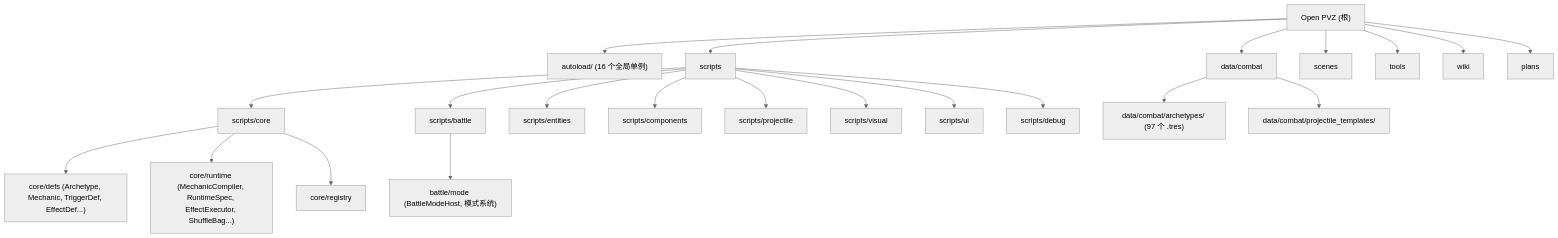
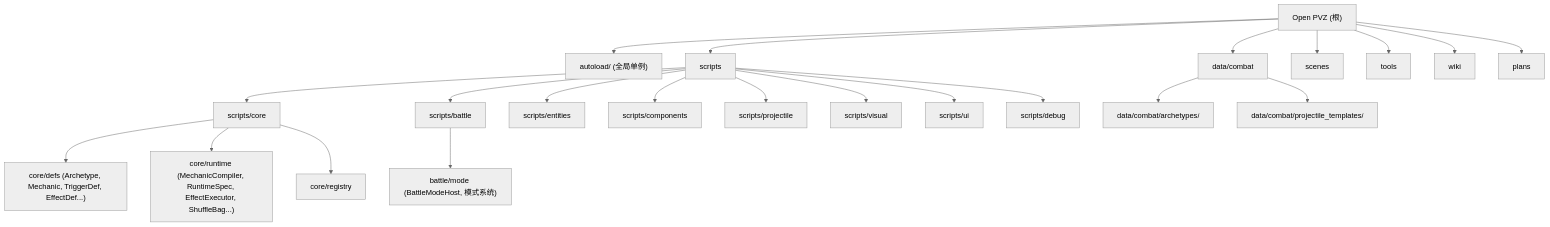
One commit to Abgetrennter/open_pvz changed the diagram in CLAUDE.md. Above: the diagram before and after it, drawn with Mermaid (neutral theme). The commit also changed other lines of this file and 12 other files, not shown here.

````diff
--- a/CLAUDE.md
+++ b/CLAUDE.md
@@ -88,37 +88,37 @@
 ```mermaid
 graph TD
-    Root["Open PVZ (根)"] --> Autoload["autoload/ (16 个全局单例)"]
+    Root["Open PVZ (根)"] --> Autoload["autoload/ (全局单例)"]
     Root --> Scripts["scripts"]
     Root --> Data["data/combat"]
     Root --> Scenes["scenes"]
     Root --> Tools["tools"]
     Root --> Wiki["wiki"]
     Root --> Plans["plans"]
 
     Scripts --> Core["scripts/core"]
     Scripts --> Battle["scripts/battle"]
     Scripts --> Entities["scripts/entities"]
     Scripts --> Components["scripts/components"]
     Scripts --> Projectile["scripts/projectile"]
     Scripts --> Visual["scripts/visual"]
     Scripts --> UI["scripts/ui"]
     Scripts --> Debug["scripts/debug"]
 
     Core --> CoreDefs["core/defs (Archetype, Mechanic, TriggerDef, EffectDef...)"]
     Core --> CoreRuntime["core/runtime (MechanicCompiler, RuntimeSpec, EffectExecutor, ShuffleBag...)"]
     Core --> CoreRegistry["core/registry"]
 
     Battle --> BattleMode["battle/mode (BattleModeHost, 模式系统)"]
 
-    Data --> Archetypes["data/combat/archetypes/ (97 个 .tres)"]
+    Data --> Archetypes["data/combat/archetypes/"]
     Data --> Projectiles["data/combat/projectile_templates/"]
 
     click Autoload "./autoload/CLAUDE.md" "查看 autoload 模块文档"
     click Core "./scripts/core/CLAUDE.md" "查看 core 模块文档"
     click Battle "./scripts/battle/CLAUDE.md" "查看 battle 模块文档"
     click Entities "./scripts/entities/CLAUDE.md" "查看 entities 模块文档"
     click Components "./scripts/components/CLAUDE.md" "查看 components 模块文档"
     click Projectile "./scripts/projectile/CLAUDE.md" "查看 projectile 模块文档"
     click Visual "./scripts/visual/CLAUDE.md" "查看 visual 模块文档"
     click Data "./data/combat/CLAUDE.md" "查看 data/combat 模块文档"
 ```
````
